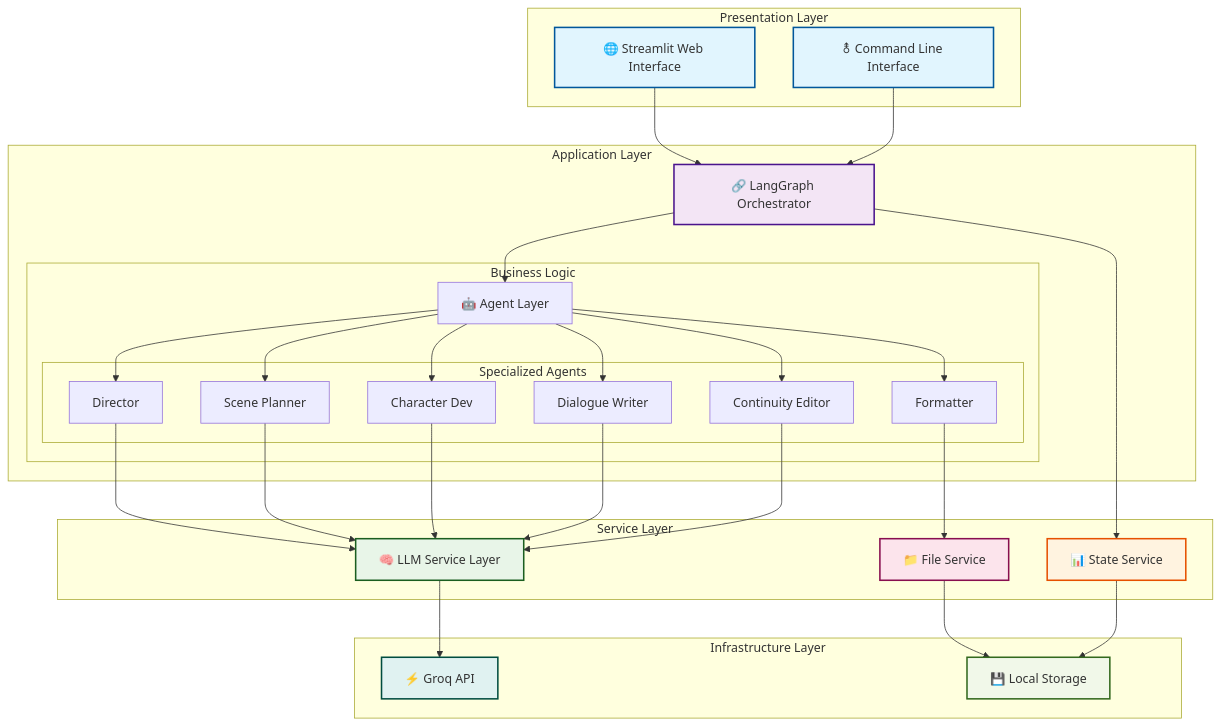
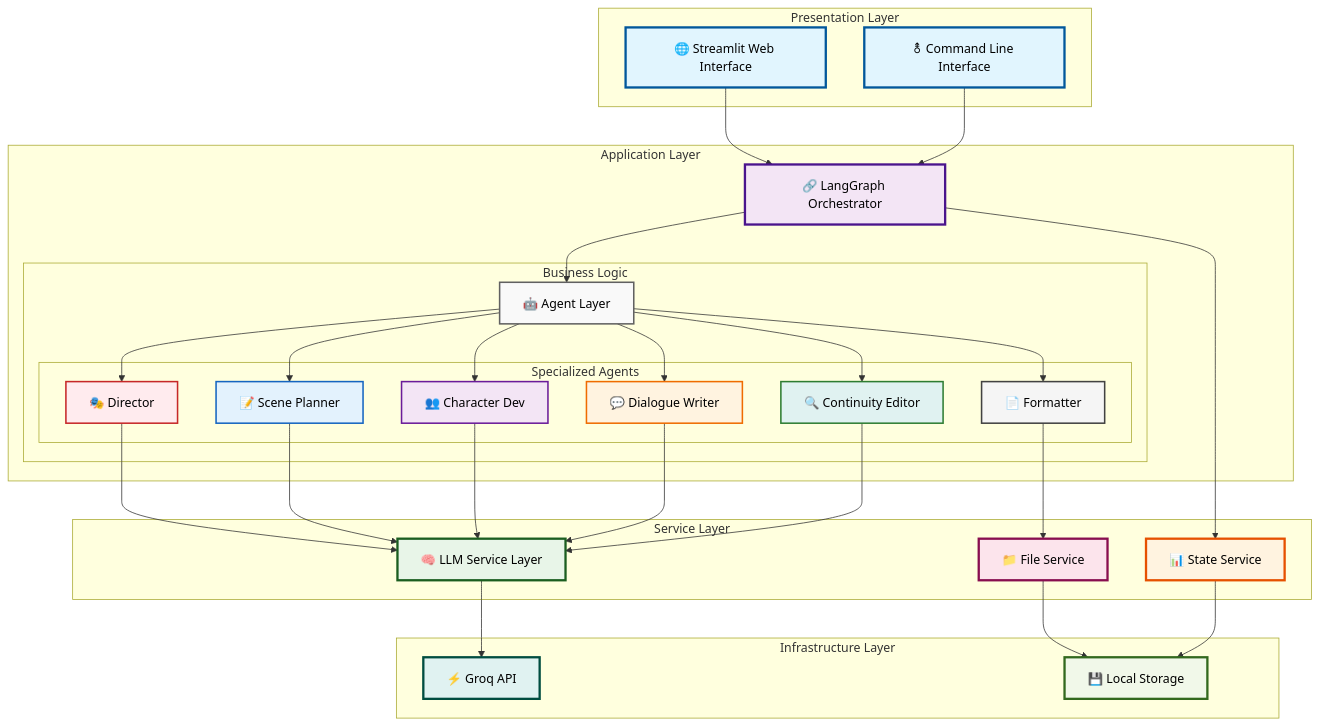
One commit to drMy5tery/Movie-Scene-Creator changed the third of 3 diagrams in README.md. Above: the diagram before and after it, drawn with Mermaid. The commit also changed other lines of this file, not shown here.

````diff
--- a/README.md
+++ b/README.md
@@ -214,68 +219,75 @@
 ```mermaid
 graph TB
     subgraph "Presentation Layer"
         WEB["🌐 Streamlit Web Interface"]
         CLI["⚨ Command Line Interface"]
     end
     
     subgraph "Application Layer"
         GRAPH["🔗 LangGraph Orchestrator"]
         
         subgraph "Business Logic"
             AGENTS["🤖 Agent Layer"]
             
             subgraph "Specialized Agents"
-                AG1["Director"]
-                AG2["Scene Planner"]
-                AG3["Character Dev"]
-                AG4["Dialogue Writer"]
-                AG5["Continuity Editor"]
-                AG6["Formatter"]
+                AG1["🎭 Director"]
+                AG2["📝 Scene Planner"]
+                AG3["👥 Character Dev"]
+                AG4["💬 Dialogue Writer"]
+                AG5["🔍 Continuity Editor"]
+                AG6["📄 Formatter"]
             end
         end
     end
     
     subgraph "Service Layer"
         LLM_SERVICE["🧠 LLM Service Layer"]
         STATE_SERVICE["📊 State Service"]
         FILE_SERVICE["📁 File Service"]
     end
     
     subgraph "Infrastructure Layer"
         GROQ_API["⚡ Groq API"]
         STORAGE["💾 Local Storage"]
     end
     
     WEB --> GRAPH
     CLI --> GRAPH
     
     GRAPH --> AGENTS
     AGENTS --> AG1
     AGENTS --> AG2
     AGENTS --> AG3
     AGENTS --> AG4
     AGENTS --> AG5
     AGENTS --> AG6
     
     AG1 --> LLM_SERVICE
     AG2 --> LLM_SERVICE
     AG3 --> LLM_SERVICE
     AG4 --> LLM_SERVICE
     AG5 --> LLM_SERVICE
     
     GRAPH --> STATE_SERVICE
     AG6 --> FILE_SERVICE
     
     LLM_SERVICE --> GROQ_API
     FILE_SERVICE --> STORAGE
     STATE_SERVICE --> STORAGE
     
-    style WEB fill:#e1f5fe,stroke:#01579b,stroke-width:2px
-    style CLI fill:#e1f5fe,stroke:#01579b,stroke-width:2px
-    style GRAPH fill:#f3e5f5,stroke:#4a148c,stroke-width:2px
-    style LLM_SERVICE fill:#e8f5e8,stroke:#1b5e20,stroke-width:2px
-    style STATE_SERVICE fill:#fff3e0,stroke:#e65100,stroke-width:2px
-    style FILE_SERVICE fill:#fce4ec,stroke:#880e4f,stroke-width:2px
-    style GROQ_API fill:#e0f2f1,stroke:#004d40,stroke-width:2px
-    style STORAGE fill:#f1f8e9,stroke:#33691e,stroke-width:2px
+    style WEB fill:#e1f5fe,stroke:#01579b,stroke-width:3px,color:#000
+    style CLI fill:#e1f5fe,stroke:#01579b,stroke-width:3px,color:#000
+    style GRAPH fill:#f3e5f5,stroke:#4a148c,stroke-width:3px,color:#000
+    style AGENTS fill:#f9f9f9,stroke:#616161,stroke-width:2px,color:#000
+    style LLM_SERVICE fill:#e8f5e8,stroke:#1b5e20,stroke-width:3px,color:#000
+    style STATE_SERVICE fill:#fff3e0,stroke:#e65100,stroke-width:3px,color:#000
+    style FILE_SERVICE fill:#fce4ec,stroke:#880e4f,stroke-width:3px,color:#000
+    style GROQ_API fill:#e0f2f1,stroke:#004d40,stroke-width:3px,color:#000
+    style STORAGE fill:#f1f8e9,stroke:#33691e,stroke-width:3px,color:#000
+    style AG1 fill:#ffebee,stroke:#c62828,stroke-width:2px,color:#000
+    style AG2 fill:#e3f2fd,stroke:#1565c0,stroke-width:2px,color:#000
+    style AG3 fill:#f3e5f5,stroke:#6a1b9a,stroke-width:2px,color:#000
+    style AG4 fill:#fff3e0,stroke:#ef6c00,stroke-width:2px,color:#000
+    style AG5 fill:#e0f2f1,stroke:#2e7d32,stroke-width:2px,color:#000
+    style AG6 fill:#f5f5f5,stroke:#424242,stroke-width:2px,color:#000
 ```
````
